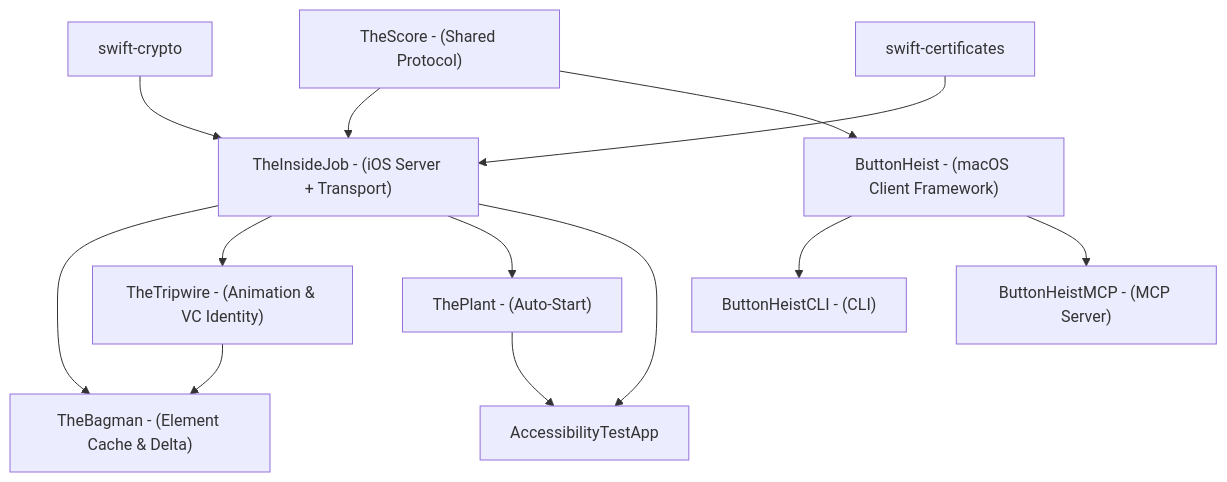
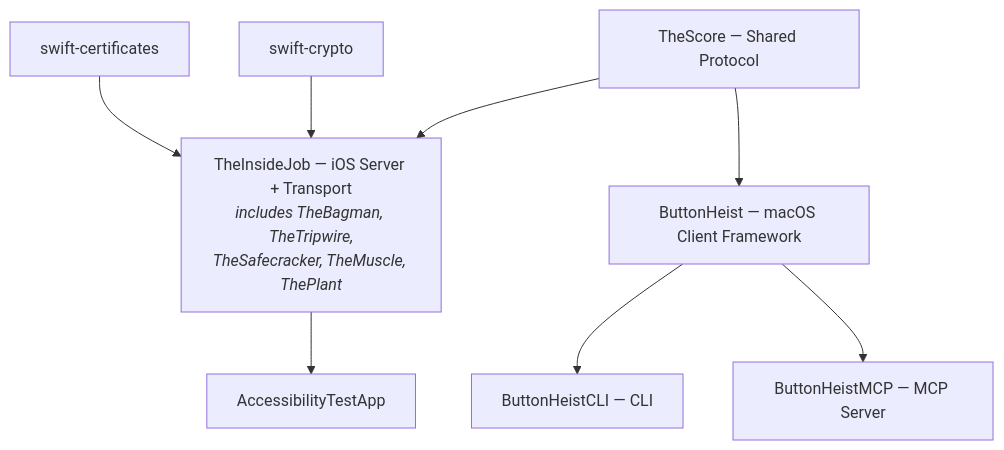
The first of 2 diagrams in docs/dossiers/00-OVERVIEW.md (RoyalPineapple/TheButtonHeist), drawn with Mermaid before and after one commit. The commit also changed other lines of this file and 11 other files, not shown here.

````diff
--- a/docs/dossiers/00-OVERVIEW.md
+++ b/docs/dossiers/00-OVERVIEW.md
@@ -36,28 +36,20 @@
 ```mermaid
 graph TD
-    TheScore["TheScore - (Shared Protocol)"]
-    TheInsideJob["TheInsideJob - (iOS Server + Transport)"]
-    TheBagman["TheBagman - (Element Cache & Delta)"]
-    TheTripwire["TheTripwire - (Animation & VC Identity)"]
-    ThePlant["ThePlant - (Auto-Start)"]
-    ButtonHeist["ButtonHeist - (macOS Client Framework)"]
-    CLI["ButtonHeistCLI - (CLI)"]
-    MCP["ButtonHeistMCP - (MCP Server)"]
+    TheScore["TheScore — Shared Protocol"]
+    TheInsideJob["TheInsideJob — iOS Server + Transport<br/><i>includes TheBagman, TheTripwire,<br/>TheSafecracker, TheMuscle, ThePlant</i>"]
+    ButtonHeist["ButtonHeist — macOS Client Framework"]
+    CLI["ButtonHeistCLI — CLI"]
+    MCP["ButtonHeistMCP — MCP Server"]
     TestApp["AccessibilityTestApp"]
 
     Crypto["swift-crypto"]
     X509["swift-certificates"]
 
     TheScore --> TheInsideJob
     Crypto --> TheInsideJob
     X509 --> TheInsideJob
     TheScore --> ButtonHeist
     ButtonHeist --> CLI
     ButtonHeist --> MCP
-    TheInsideJob --> TheBagman
-    TheInsideJob --> TheTripwire
-    TheTripwire --> TheBagman
-    TheInsideJob --> ThePlant
     TheInsideJob --> TestApp
-    ThePlant --> TestApp
 ```
````
